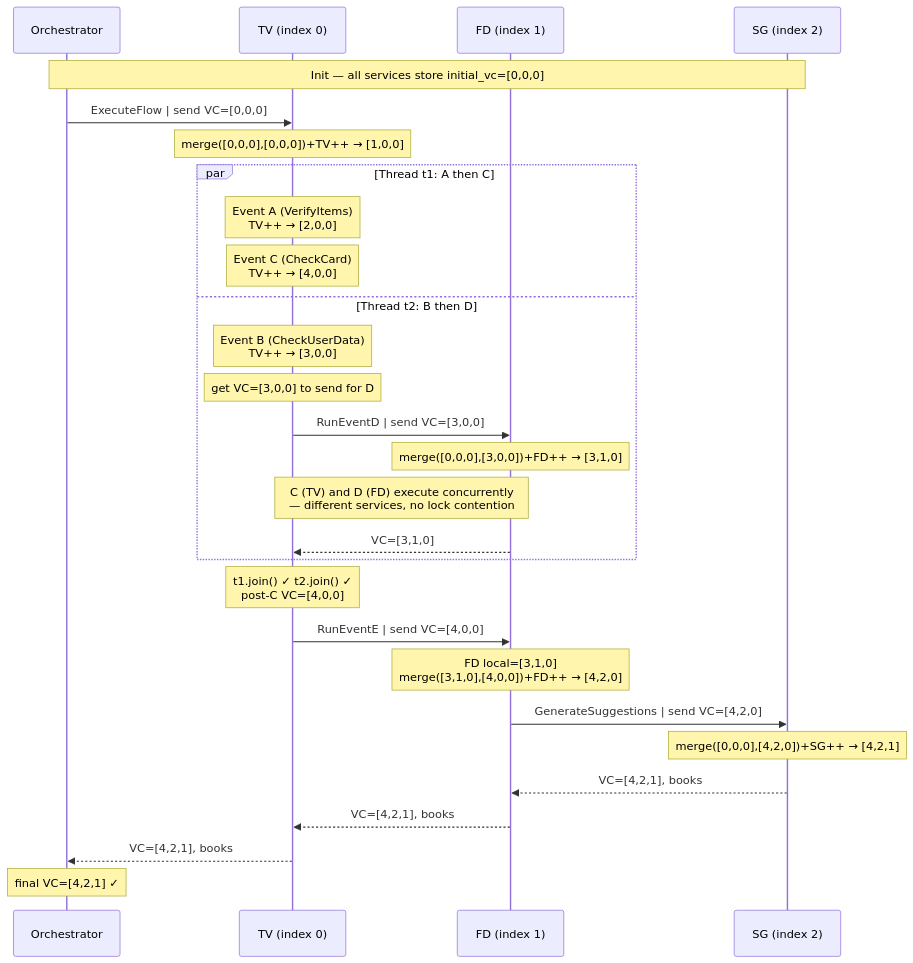
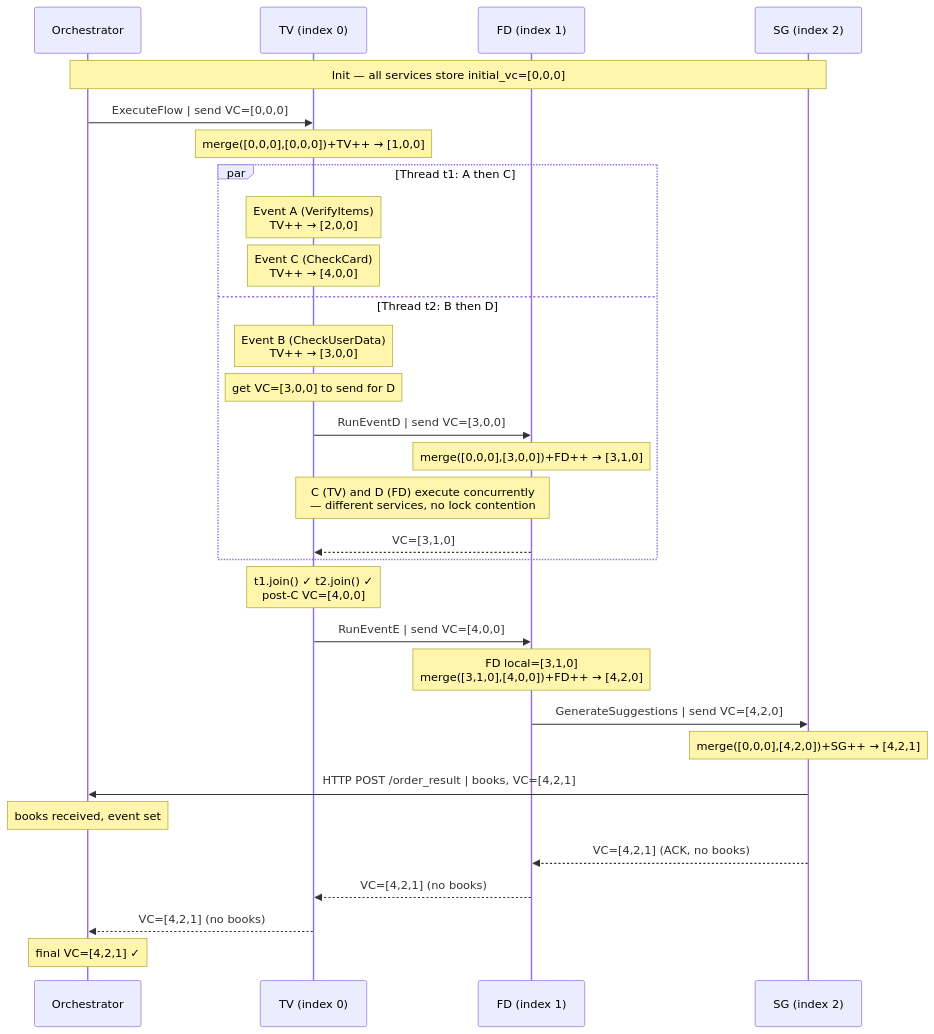
One commit to M1ngiii/ds-practice-2025 changed the fifth of 5 diagrams in docs/README.md. Above: the diagram before and after it, drawn with Mermaid. The commit also changed other lines of this file and 11 other files, not shown here.

````diff
--- a/docs/README.md
+++ b/docs/README.md
@@ -238,35 +240,37 @@
 ```mermaid
 sequenceDiagram
     participant O  as Orchestrator
     participant TV as TV (index 0)
     participant FD as FD (index 1)
     participant SG as SG (index 2)
 
     Note over O,SG: Init — all services store initial_vc=[0,0,0]
 
     O->>TV: ExecuteFlow | send VC=[0,0,0]
     Note over TV: merge([0,0,0],[0,0,0])+TV++ → [1,0,0]
 
     par Thread t1: A then C
         Note over TV: Event A (VerifyItems)<br/>TV++ → [2,0,0]
         Note over TV: Event C (CheckCard)<br/>TV++ → [4,0,0]
     and Thread t2: B then D
         Note over TV: Event B (CheckUserData)<br/>TV++ → [3,0,0]
         Note over TV: get VC=[3,0,0] to send for D
         TV->>FD: RunEventD | send VC=[3,0,0]
         Note over FD: merge([0,0,0],[3,0,0])+FD++ → [3,1,0]
         Note over TV,FD: C (TV) and D (FD) execute concurrently<br/>— different services, no lock contention
         FD-->>TV: VC=[3,1,0]
     end
 
     Note over TV: t1.join() ✓  t2.join() ✓<br/>post-C VC=[4,0,0]
 
     TV->>FD: RunEventE | send VC=[4,0,0]
     Note over FD: FD local=[3,1,0]<br/>merge([3,1,0],[4,0,0])+FD++ → [4,2,0]
     FD->>SG: GenerateSuggestions | send VC=[4,2,0]
     Note over SG: merge([0,0,0],[4,2,0])+SG++ → [4,2,1]
-    SG-->>FD: VC=[4,2,1], books
-    FD-->>TV: VC=[4,2,1], books
-    TV-->>O: VC=[4,2,1], books
+    SG->>O: HTTP POST /order_result | books, VC=[4,2,1]
+    Note over O: books received, event set
+    SG-->>FD: VC=[4,2,1] (ACK, no books)
+    FD-->>TV: VC=[4,2,1] (no books)
+    TV-->>O: VC=[4,2,1] (no books)
     Note over O: final VC=[4,2,1] ✓
 ```
````
